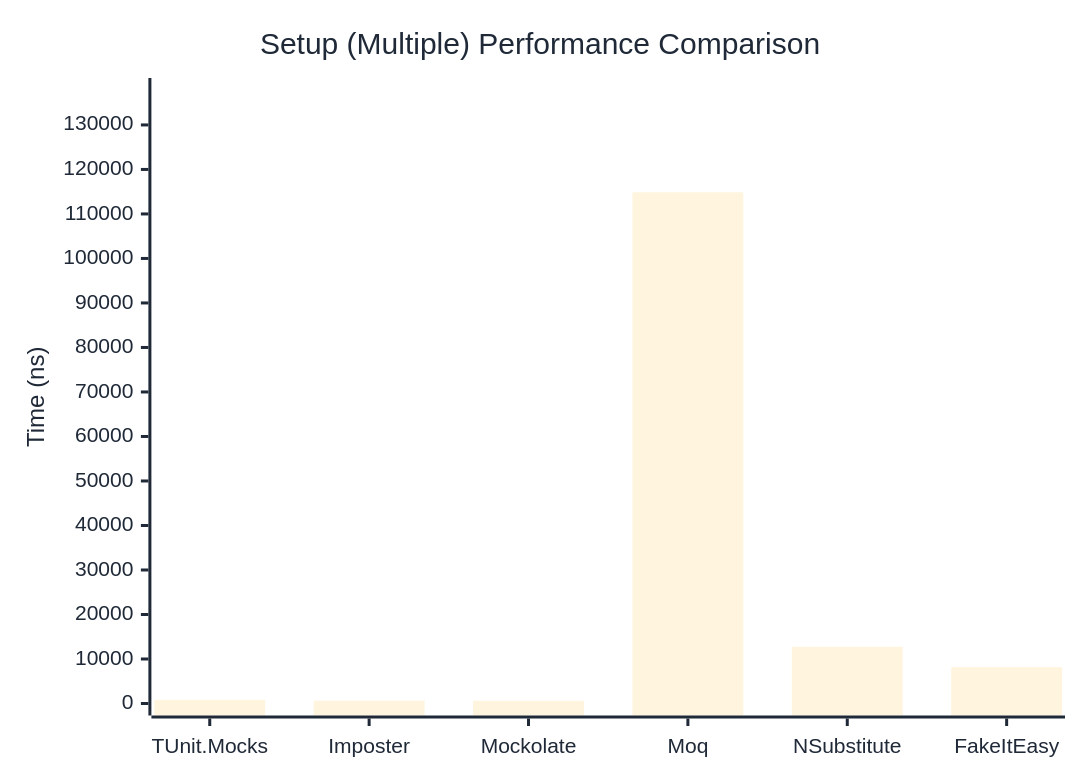
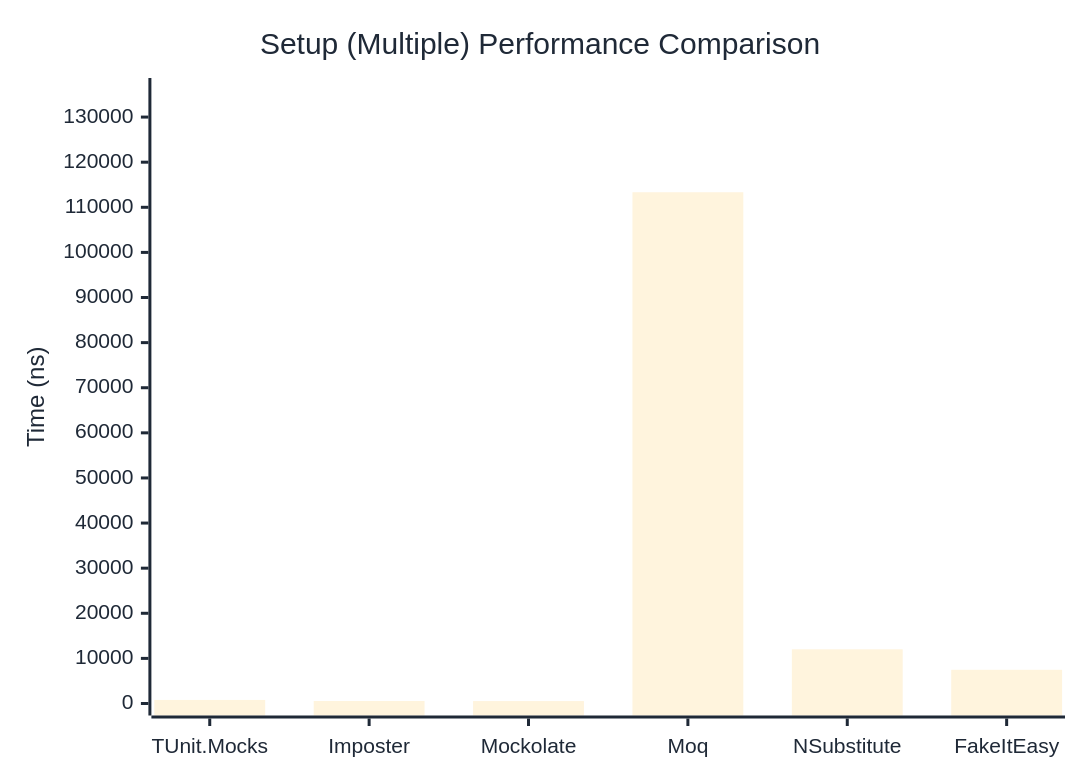
One commit to thomhurst/TUnit changed the second of 2 diagrams in docs/docs/benchmarks/mocks/Setup.md. Above: the diagram before and after it, drawn with Mermaid. The commit also changed other lines of this file and 14 other files, not shown here.

````diff
--- a/docs/docs/benchmarks/mocks/Setup.md
+++ b/docs/docs/benchmarks/mocks/Setup.md
@@ -71,27 +71,27 @@
 ```mermaid
 %%{init: {
   'theme':'base',
   'themeVariables': {
     'primaryColor': '#2563eb',
     'primaryTextColor': '#1f2937',
     'primaryBorderColor': '#1e40af',
     'lineColor': '#6b7280',
     'secondaryColor': '#7c3aed',
     'tertiaryColor': '#dc2626',
     'background': '#ffffff',
     'pie1': '#2563eb',
     'pie2': '#7c3aed',
     'pie3': '#dc2626',
     'pie4': '#f59e0b',
     'pie5': '#10b981',
     'pie6': '#06b6d4',
     'pie7': '#ec4899',
     'pie8': '#6366f1'
   }
 }}%%
 xychart-beta
   title "Setup (Multiple) Performance Comparison"
   x-axis ["TUnit.Mocks", "Imposter", "Mockolate", "Moq", "NSubstitute", "FakeItEasy"]
-  y-axis "Time (ns)" 0 --> 137850
-  bar [819.4, 629.2, 593.9, 114874.5, 12746.2, 8152.3]
+  y-axis "Time (ns)" 0 --> 136003
+  bar [789.4, 559.5, 539.1, 113335.7, 12012.4, 7470.3]
 ```
````
